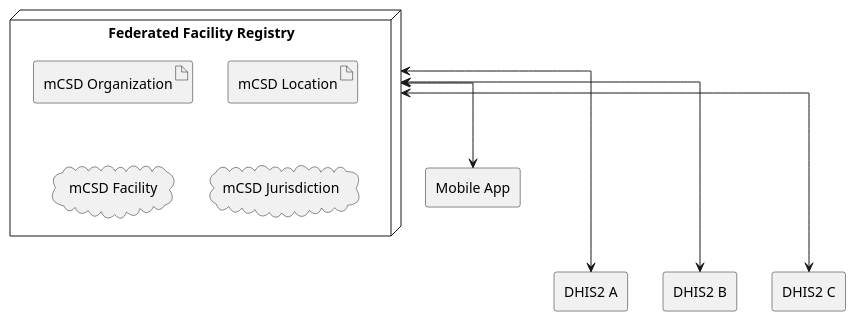
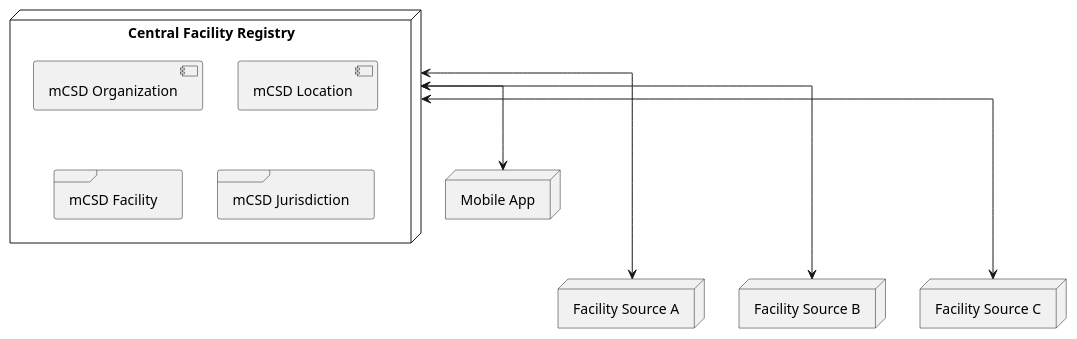
One commit to IHE/mCSD-Whitepaper changed the fifth of 6 diagrams in mCSD-Whitepaper.plantuml. Above: the diagram before and after it, drawn with PlantUML. The commit also changed other lines of this file and 11 other files, not shown here.

Commit message:
Added back in use cases at the top and updated the facility section to reflect this change.  HWR and ILR still need to be updated.  Also updated diagrams for those.

```diff
--- a/mCSD-Whitepaper.plantuml
+++ b/mCSD-Whitepaper.plantuml
@@ -93,30 +97,31 @@
 @startuml federated-facility-registry
+skinparam componentStyle uml2
 skinparam linetype ortho
 top to bottom direction
 
-node registry as "Federated Facility Registry" {
-  artifact forg as "mCSD Organization"
-  artifact floc as "mCSD Location"
-  cloud "mCSD Facility"
-  cloud "mCSD Jurisdiction"
+node registry as "Central Facility Registry" {
+  component forg as "mCSD Organization"
+  component floc as "mCSD Location"
+  frame "mCSD Facility"
+  frame "mCSD Jurisdiction"
 }
 
 together {
-  rectangle dhis2a as "DHIS2 A"
-  rectangle dhis2b as "DHIS2 B"
-  rectangle dhis2c as "DHIS2 C"
+  node sourcea as "Facility Source A"
+  node sourceb as "Facility Source B"
+  node sourcec as "Facility Source C"
 }
 
-rectangle mobile as "Mobile App"
+node mobile as "Mobile App"
 
 
-registry -[hidden]--> dhis2a
+registry -[hidden]--> sourcea
 registry -[hidden]-> mobile
 
-registry <--> dhis2a 
-registry <--> dhis2b 
-registry <--> dhis2c 
+registry <--> sourcea 
+registry <--> sourceb 
+registry <--> sourcec 
 
 registry <--> mobile 
 
 @enduml
```
